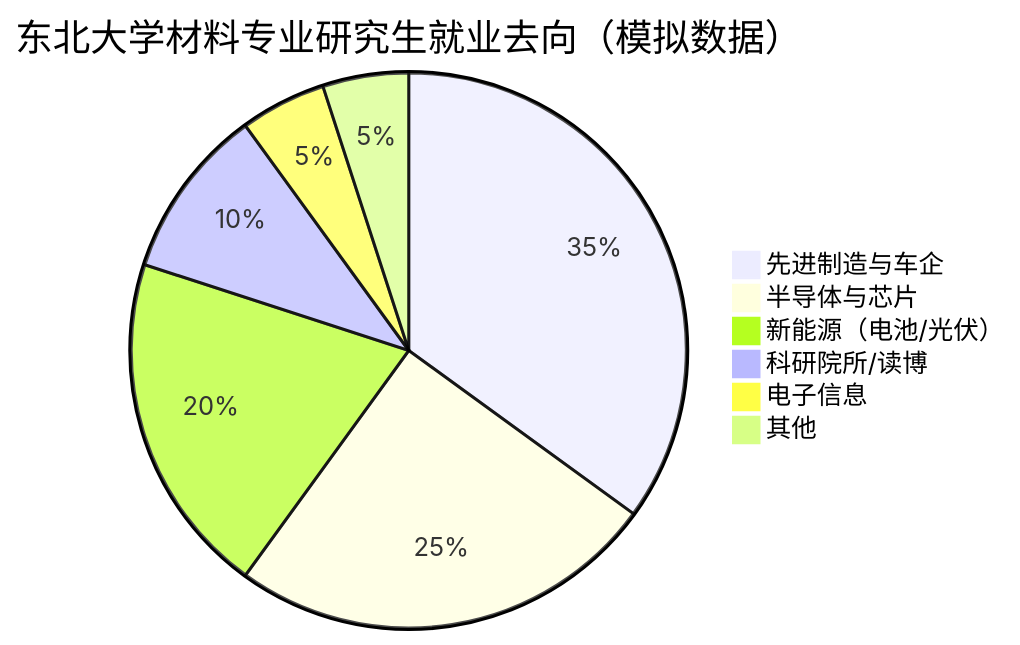
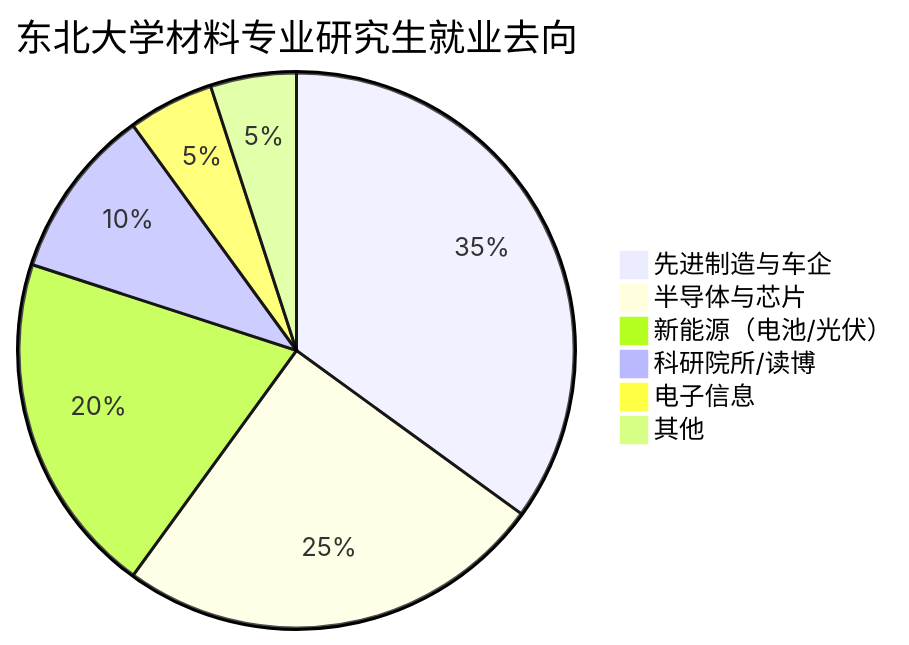
One commit to moniyuzhou/- changed the diagram in README.md. Above: the diagram before and after it, drawn with Mermaid.

````diff
--- a/README.md
+++ b/README.md
@@ -2,9 +2,9 @@
 ```mermaid
-pie title  东北大学材料专业研究生就业去向（模拟数据）
+pie title  东北大学材料专业研究生就业去向
     "先进制造与车企" : 35
     "半导体与芯片" : 25
     "新能源（电池/光伏）" : 20
     "科研院所/读博" : 10
     "电子信息" : 5
     "其他" : 5
 ```
````
